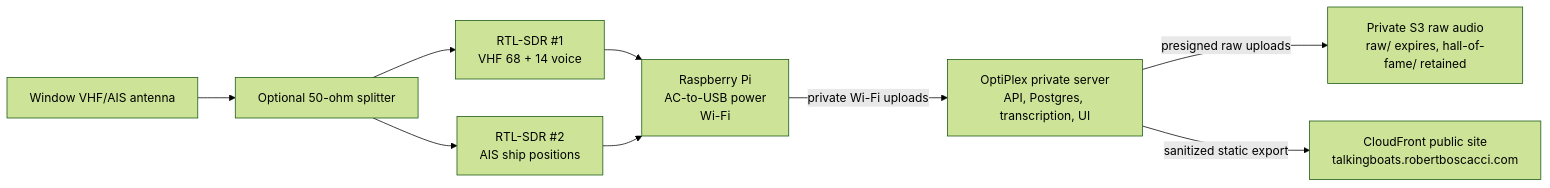
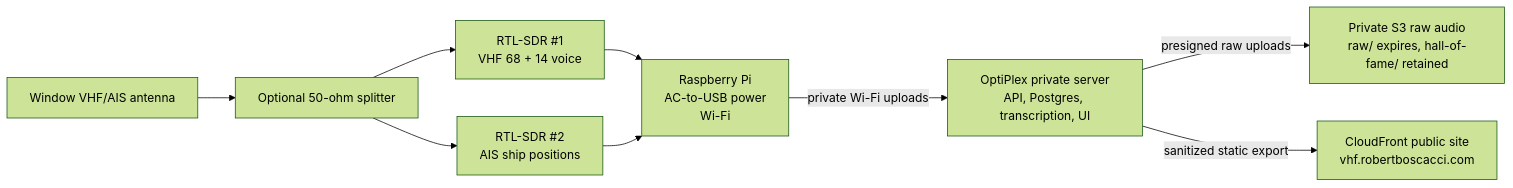
Before and after one commit to boscacci/vhf-seattle: the diagram in docs/hardware-guide.md, drawn with Mermaid (forest theme). The commit also changed 51 other files, not shown here.

````diff
--- a/docs/hardware-guide.md
+++ b/docs/hardware-guide.md
@@ -7,20 +7,20 @@
 ```mermaid
 flowchart LR
   antenna["Window VHF/AIS antenna"]
   splitter["Optional 50-ohm splitter"]
   voice["RTL-SDR #1<br/>VHF 68 + 14 voice"]
   ais["RTL-SDR #2<br/>AIS ship positions"]
   pi["Raspberry Pi<br/>AC-to-USB power<br/>Wi-Fi"]
   optiplex["OptiPlex private server<br/>API, Postgres, transcription, UI"]
   s3raw["Private S3 raw audio<br/>raw/ expires, hall-of-fame/ retained"]
-  public["CloudFront public site<br/>talkingboats.robertboscacci.com"]
+  public["CloudFront public site<br/>vhf.robertboscacci.com"]
 
   antenna --> splitter
   splitter --> voice
   splitter --> ais
   voice --> pi
   ais --> pi
   pi -->|private Wi-Fi uploads| optiplex
   optiplex -->|presigned raw uploads| s3raw
   optiplex -->|sanitized static export| public
 ```
````
